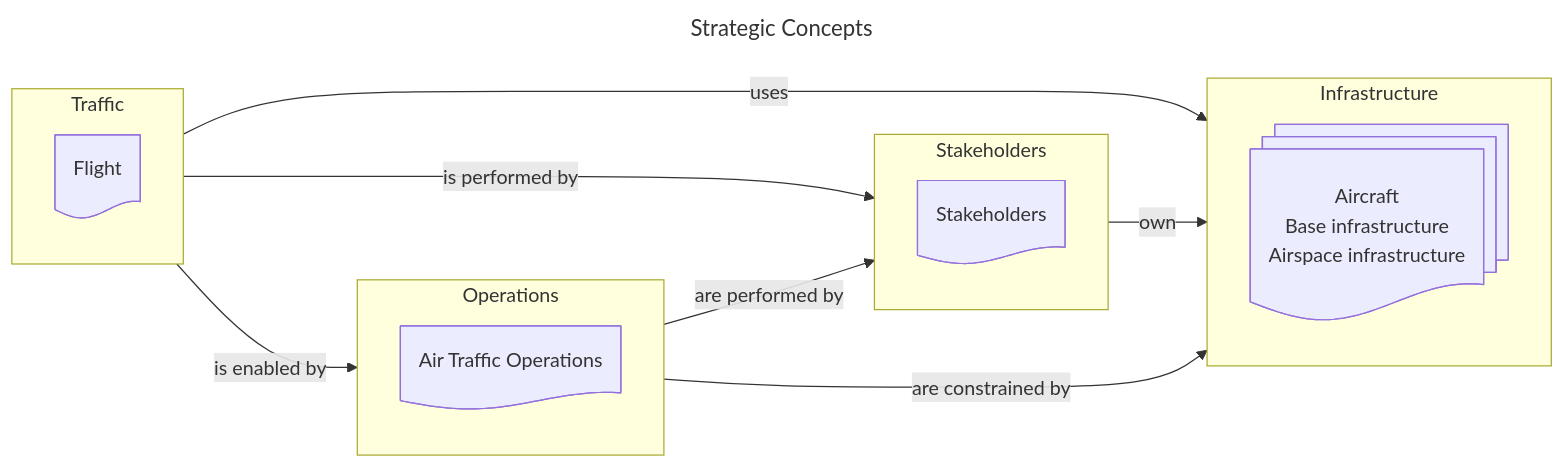
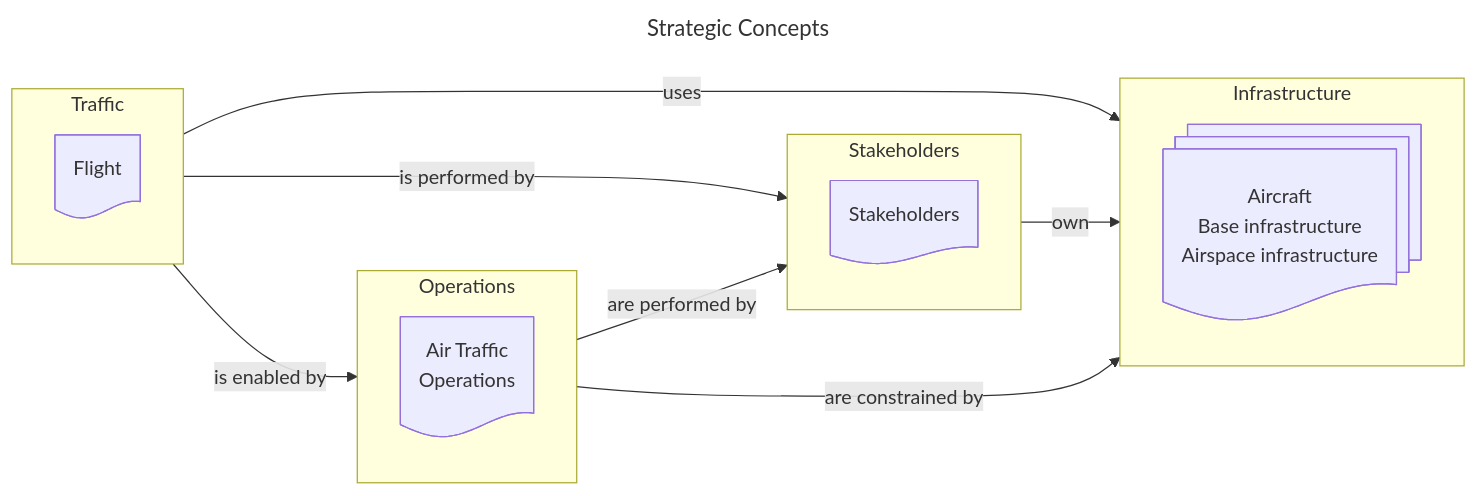
The diagram in docs/ontology/overview.md (airm-ccb/airm-docs-1.3.0), drawn with Mermaid before and after one commit. The commit also changed other lines of this file, not shown here.

````diff
--- a/docs/ontology/overview.md
+++ b/docs/ontology/overview.md
@@ -4,25 +4,25 @@
 ```mermaid
 ---
 title: Strategic Concepts
 ---
 flowchart LR    
   subgraph Traffic
     FLIGHT@{ shape: doc, label: "Flight"}
   end
   subgraph Operations
-    ATO@{ shape: doc, label: "Air Traffic Operations"}
+    ATO@{ shape: doc, label: "Air Traffic<br>Operations"}
   end
   subgraph Stakeholders
     STK@{ shape: doc, label: "Stakeholders"}
   end
   subgraph Infrastructure
     INFRA@{ shape: docs, label: "Aircraft<br>Base infrastructure<br>Airspace infrastructure"}
   end
 
 Traffic -- is enabled by --> Operations
 Traffic -- uses --> Infrastructure
 Traffic -- is performed by --> Stakeholders
 Stakeholders -- own --> Infrastructure
 Operations -- are performed by --> Stakeholders
 Operations -- are constrained by --> Infrastructure
 ```
````
